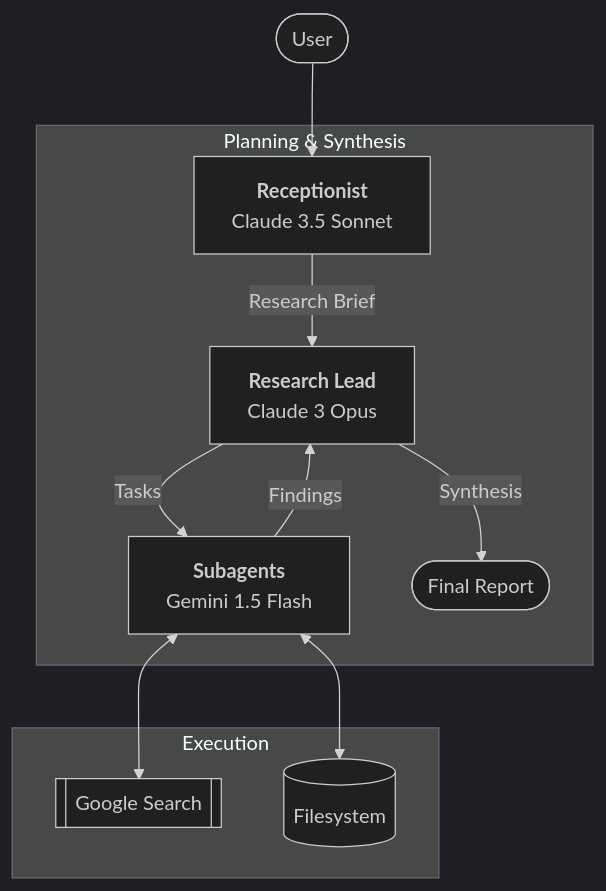
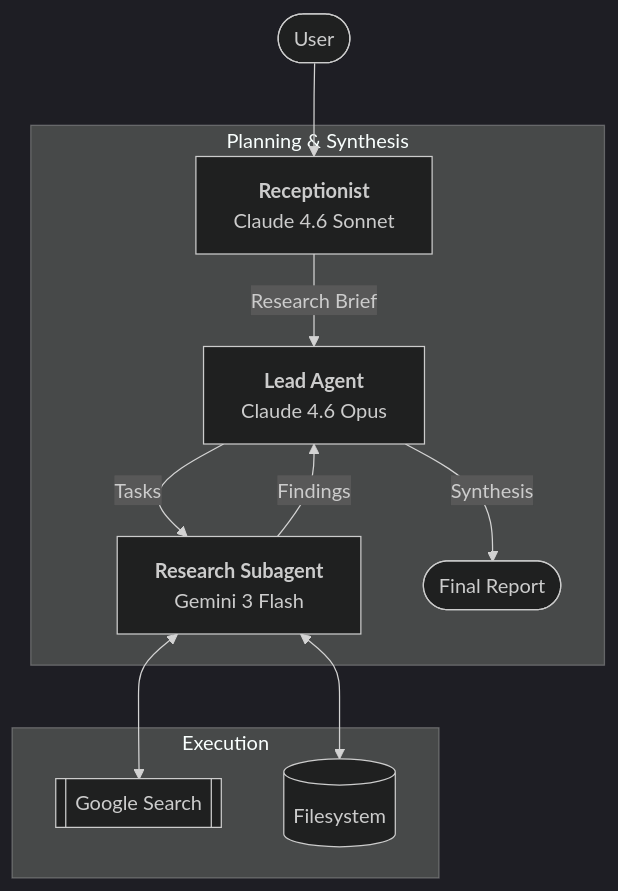
The diagram in README.md (bididi-badidi/deep-research), drawn with Mermaid (dark theme) before and after one commit. The commit also changed other lines of this file and 7 other files, not shown here.

````diff
--- a/README.md
+++ b/README.md
@@ -9,17 +9,17 @@
 ```mermaid
 flowchart TD
-    User([User]) --> Receptionist[<b>Receptionist</b><br/>Claude 3.5 Sonnet]
+    User([User]) --> Receptionist[<b>Receptionist</b><br/>Claude 4.6 Sonnet]
     
     subgraph "Planning & Synthesis"
-    Receptionist -- Research Brief --> Lead[<b>Research Lead</b><br/>Claude 3 Opus]
+    Receptionist -- Research Brief --> Lead[<b>Lead Agent</b><br/>Claude 4.6 Opus]
     Lead -- Tasks --> Subagents
     Subagents -- Findings --> Lead
     Lead -- Synthesis --> Report([Final Report])
     end
 
     subgraph "Execution"
-    Subagents[<b>Subagents</b><br/>Gemini 1.5 Flash]
+    Subagents[<b>Research Subagent</b><br/>Gemini 3 Flash]
     Subagents <--> Search[[Google Search]]
     Subagents <--> FS[(Filesystem)]
     end
 ```
````
